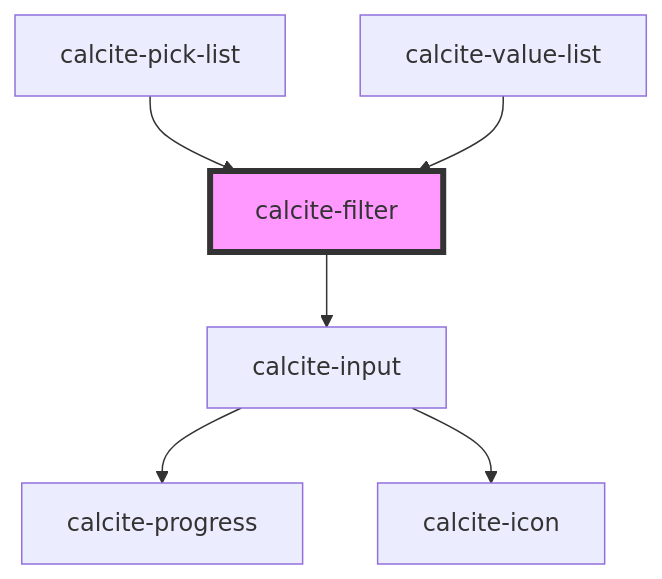
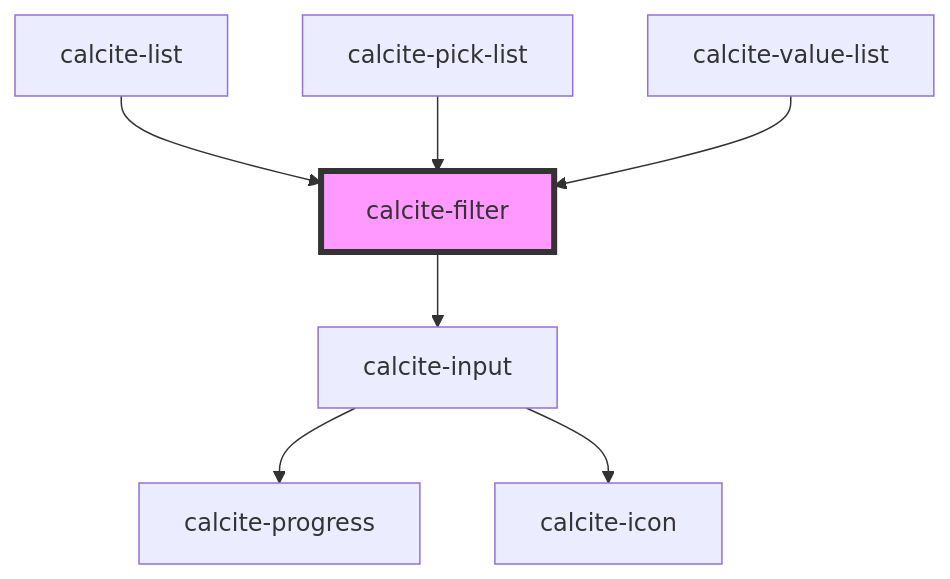
Before and after one commit to vikivakarvc/calcite-design-system: the diagram in src/components/filter/readme.md, drawn with Mermaid. The commit also changed other lines of this file and 6 other files, not shown here.

````diff
--- a/src/components/filter/readme.md
+++ b/src/components/filter/readme.md
@@ -47,9 +48,10 @@
 ```mermaid
 graph TD;
   calcite-filter --> calcite-input
   calcite-input --> calcite-progress
   calcite-input --> calcite-icon
+  calcite-list --> calcite-filter
   calcite-pick-list --> calcite-filter
   calcite-value-list --> calcite-filter
   style calcite-filter fill:#f9f,stroke:#333,stroke-width:4px
 ```
````
